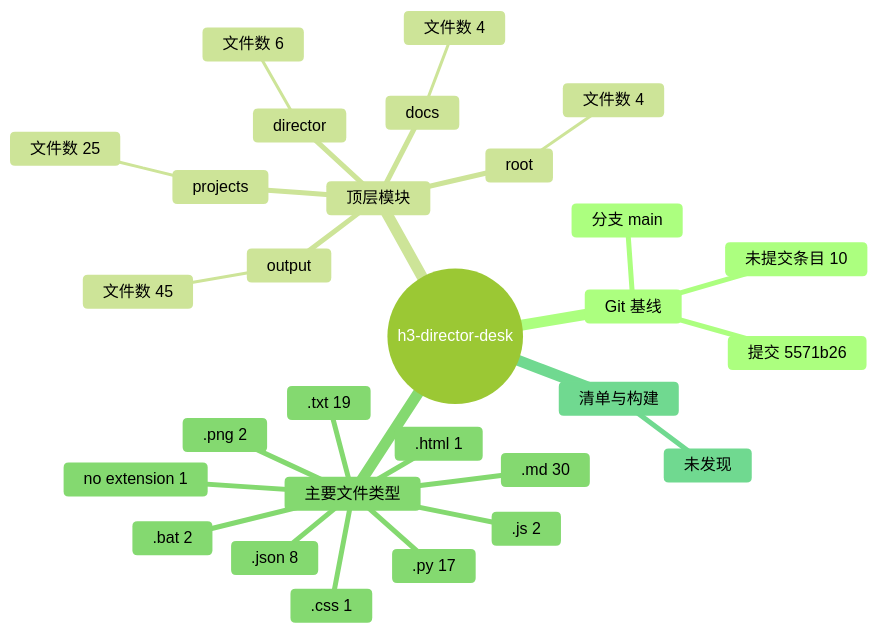
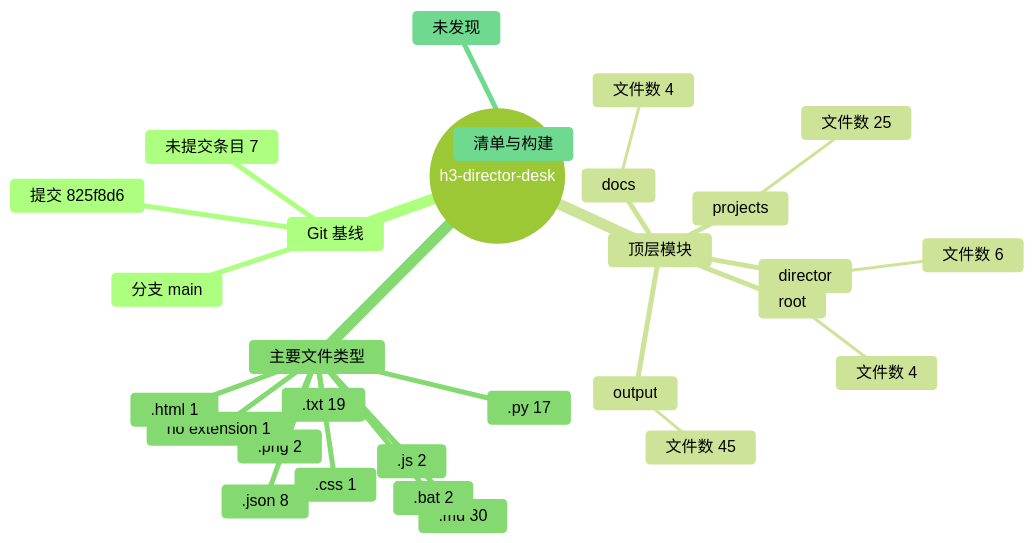
Before and after one commit to Exalex/h3-director-desk: the diagram in docs/project-evolution/mindmaps/repository-structure.md, drawn with Mermaid (forest theme). The commit also changed 6 other files, not shown here.

````diff
--- a/docs/project-evolution/mindmaps/repository-structure.md
+++ b/docs/project-evolution/mindmaps/repository-structure.md
@@ -5,32 +5,32 @@
 ```mermaid
 mindmap
   root((h3-director-desk))
     Git 基线
       分支 main
-      提交 5571b26
-      未提交条目 10
+      提交 825f8d6
+      未提交条目 7
     顶层模块
       output
         文件数 45
       projects
         文件数 25
       director
         文件数 6
       root
         文件数 4
       docs
         文件数 4
     主要文件类型
       .md 30
       .txt 19
       .py 17
       .json 8
       .bat 2
       .js 2
       .png 2
       no extension 1
       .html 1
       .css 1
     清单与构建
       未发现
 ```
````
